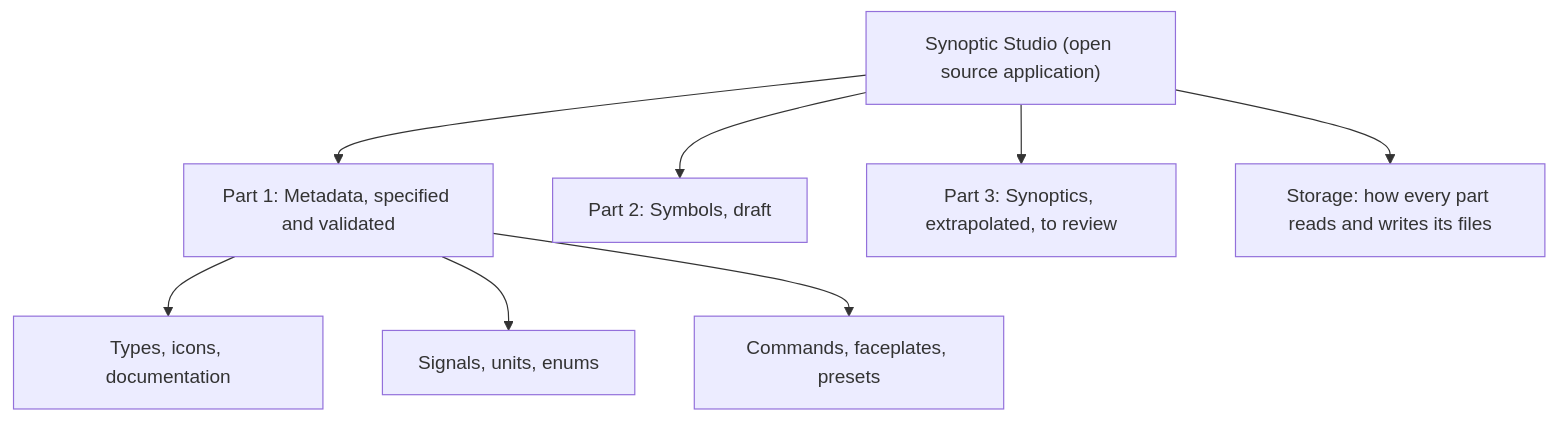
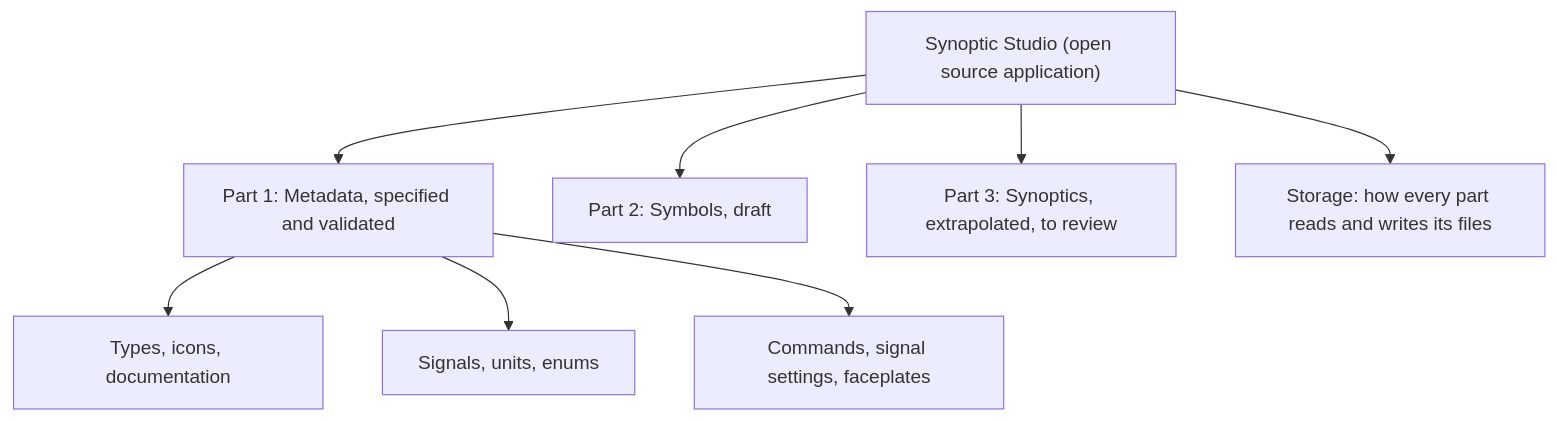
Before and after one commit to AlexandreGallais/synoptic-studio-spec: the second of 2 diagrams in README.md, drawn with Mermaid. The commit also changed other lines of this file and 65 other files, not shown here.

````diff
--- a/README.md
+++ b/README.md
@@ -30,11 +30,11 @@
 ```mermaid
 flowchart TD
     APP["Synoptic Studio (open source application)"]
     APP --> MD["Part 1: Metadata, specified and validated"]
     APP --> P2["Part 2: Symbols, draft"]
     APP --> P3["Part 3: Synoptics, extrapolated, to review"]
     APP --> ST["Storage: how every part reads and writes its files"]
     MD --> MD1["Types, icons, documentation"]
     MD --> MD2["Signals, units, enums"]
-    MD --> MD3["Commands, faceplates, presets"]
+    MD --> MD3["Commands, signal settings, faceplates"]
 ```
````
